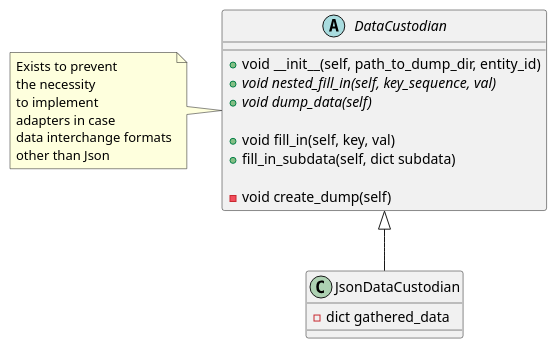
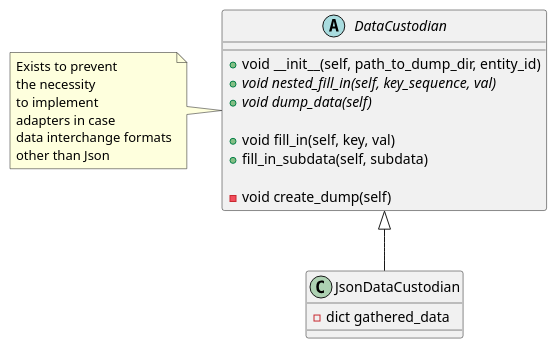
One commit to IgorZhiltsoff/TPy_project changed the diagram in Interface/CmdLineIF/DataCustodian/Class_DataCustodian.puml. Above: the diagram before and after it, drawn with PlantUML. The commit also changed 3 other files, not shown here.

```diff
--- a/Interface/CmdLineIF/DataCustodian/Class_DataCustodian.puml
+++ b/Interface/CmdLineIF/DataCustodian/Class_DataCustodian.puml
@@ -1,30 +1,30 @@
 @startuml
 'https://plantuml.com/class-diagram
 
 abstract class DataCustodian {
     +void __init__(self, path_to_dump_dir, entity_id)
     +{abstract} void nested_fill_in(self, key_sequence, val)
     +{abstract} void dump_data(self)
 
     +void fill_in(self, key, val)
-    +fill_in_subdata(self, dict subdata)
+    +fill_in_subdata(self, subdata)
 
     -void create_dump(self)
 }
 
 note left of DataCustodian
 Exists to prevent
 the necessity
 to implement
 adapters in case
 data interchange formats
 other than Json
 end note
 
 class JsonDataCustodian {
     -dict gathered_data
 }
 
 DataCustodian <|-- JsonDataCustodian
 
 @enduml
```
